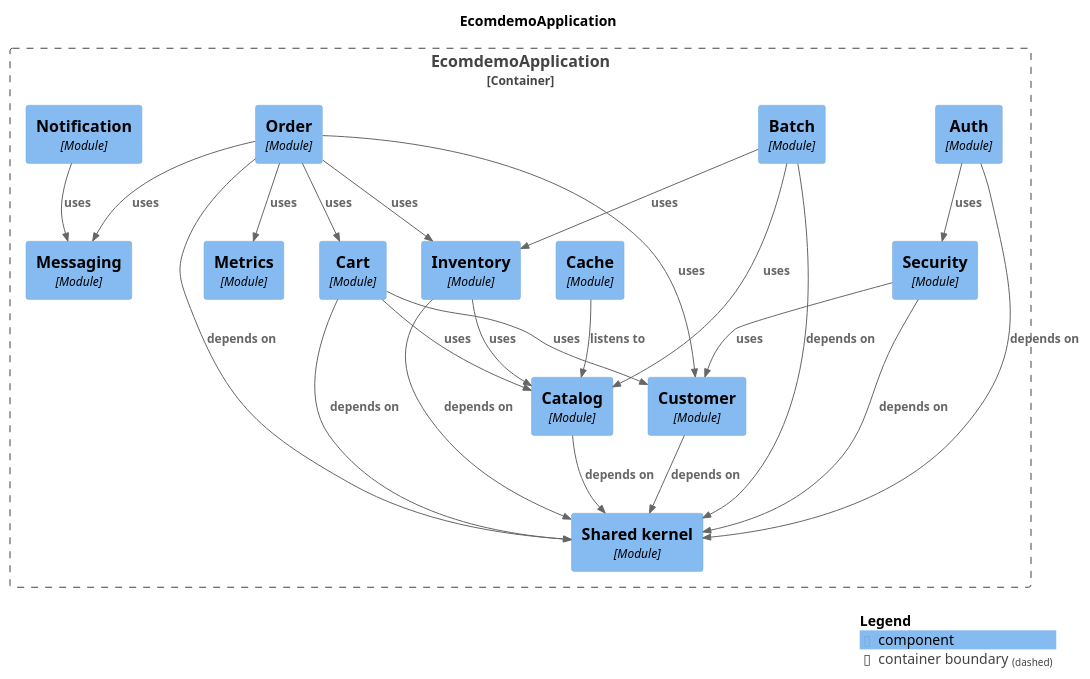
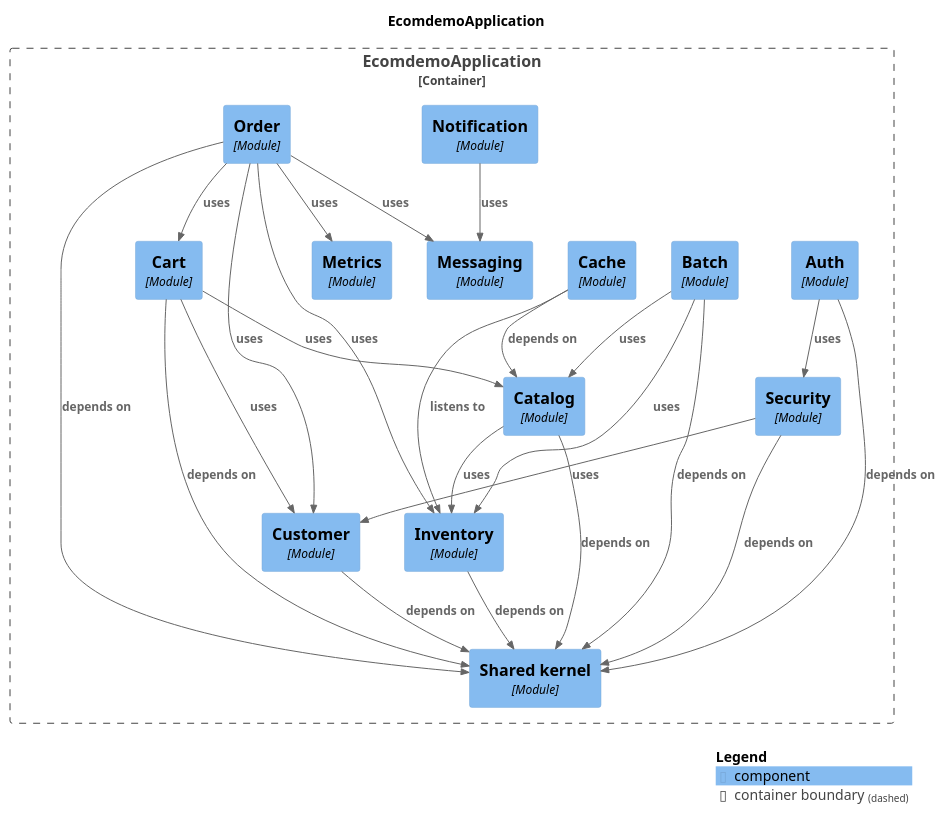
The diagram in docs/modules/components.puml (mr-sujay-patil/ecomdemo), drawn with PlantUML before and after one commit. The commit also changed 36 other files, not shown here.

```diff
--- a/docs/modules/components.puml
+++ b/docs/modules/components.puml
@@ -1,51 +1,52 @@
 @startuml
 set separator none
 title EcomdemoApplication
 
 top to bottom direction
 
 !include <C4/C4>
 !include <C4/C4_Context>
 !include <C4/C4_Component>
 
 Container_Boundary("EcomdemoApplication.EcomdemoApplication_boundary", "EcomdemoApplication", $tags="") {
-  Component(EcomdemoApplication.EcomdemoApplication.Cache, "Cache", $techn="Module", $descr="", $tags="", $link="")
-  Component(EcomdemoApplication.EcomdemoApplication.Cart, "Cart", $techn="Module", $descr="", $tags="", $link="")
-  Component(EcomdemoApplication.EcomdemoApplication.Inventory, "Inventory", $techn="Module", $descr="", $tags="", $link="")
+  Component(EcomdemoApplication.EcomdemoApplication.Catalog, "Catalog", $techn="Module", $descr="", $tags="", $link="")
   Component(EcomdemoApplication.EcomdemoApplication.Security, "Security", $techn="Module", $descr="", $tags="", $link="")
   Component(EcomdemoApplication.EcomdemoApplication.Auth, "Auth", $techn="Module", $descr="", $tags="", $link="")
   Component(EcomdemoApplication.EcomdemoApplication.Batch, "Batch", $techn="Module", $descr="", $tags="", $link="")
+  Component(EcomdemoApplication.EcomdemoApplication.Cache, "Cache", $techn="Module", $descr="", $tags="", $link="")
+  Component(EcomdemoApplication.EcomdemoApplication.Cart, "Cart", $techn="Module", $descr="", $tags="", $link="")
   Component(EcomdemoApplication.EcomdemoApplication.Order, "Order", $techn="Module", $descr="", $tags="", $link="")
   Component(EcomdemoApplication.EcomdemoApplication.Messaging, "Messaging", $techn="Module", $descr="", $tags="", $link="")
   Component(EcomdemoApplication.EcomdemoApplication.Metrics, "Metrics", $techn="Module", $descr="", $tags="", $link="")
   Component(EcomdemoApplication.EcomdemoApplication.Sharedkernel, "Shared kernel", $techn="Module", $descr="", $tags="", $link="")
-  Component(EcomdemoApplication.EcomdemoApplication.Catalog, "Catalog", $techn="Module", $descr="", $tags="", $link="")
   Component(EcomdemoApplication.EcomdemoApplication.Customer, "Customer", $techn="Module", $descr="", $tags="", $link="")
+  Component(EcomdemoApplication.EcomdemoApplication.Inventory, "Inventory", $techn="Module", $descr="", $tags="", $link="")
   Component(EcomdemoApplication.EcomdemoApplication.Notification, "Notification", $techn="Module", $descr="", $tags="", $link="")
 }
 
 Rel(EcomdemoApplication.EcomdemoApplication.Auth, EcomdemoApplication.EcomdemoApplication.Security, "uses", $techn="", $tags="", $link="")
 Rel(EcomdemoApplication.EcomdemoApplication.Auth, EcomdemoApplication.EcomdemoApplication.Sharedkernel, "depends on", $techn="", $tags="", $link="")
 Rel(EcomdemoApplication.EcomdemoApplication.Batch, EcomdemoApplication.EcomdemoApplication.Catalog, "uses", $techn="", $tags="", $link="")
 Rel(EcomdemoApplication.EcomdemoApplication.Batch, EcomdemoApplication.EcomdemoApplication.Inventory, "uses", $techn="", $tags="", $link="")
 Rel(EcomdemoApplication.EcomdemoApplication.Batch, EcomdemoApplication.EcomdemoApplication.Sharedkernel, "depends on", $techn="", $tags="", $link="")
-Rel(EcomdemoApplication.EcomdemoApplication.Cache, EcomdemoApplication.EcomdemoApplication.Catalog, "listens to", $techn="", $tags="", $link="")
+Rel(EcomdemoApplication.EcomdemoApplication.Cache, EcomdemoApplication.EcomdemoApplication.Catalog, "depends on", $techn="", $tags="", $link="")
+Rel(EcomdemoApplication.EcomdemoApplication.Cache, EcomdemoApplication.EcomdemoApplication.Inventory, "listens to", $techn="", $tags="", $link="")
 Rel(EcomdemoApplication.EcomdemoApplication.Cart, EcomdemoApplication.EcomdemoApplication.Catalog, "uses", $techn="", $tags="", $link="")
 Rel(EcomdemoApplication.EcomdemoApplication.Cart, EcomdemoApplication.EcomdemoApplication.Customer, "uses", $techn="", $tags="", $link="")
 Rel(EcomdemoApplication.EcomdemoApplication.Cart, EcomdemoApplication.EcomdemoApplication.Sharedkernel, "depends on", $techn="", $tags="", $link="")
+Rel(EcomdemoApplication.EcomdemoApplication.Catalog, EcomdemoApplication.EcomdemoApplication.Inventory, "uses", $techn="", $tags="", $link="")
 Rel(EcomdemoApplication.EcomdemoApplication.Catalog, EcomdemoApplication.EcomdemoApplication.Sharedkernel, "depends on", $techn="", $tags="", $link="")
 Rel(EcomdemoApplication.EcomdemoApplication.Customer, EcomdemoApplication.EcomdemoApplication.Sharedkernel, "depends on", $techn="", $tags="", $link="")
-Rel(EcomdemoApplication.EcomdemoApplication.Inventory, EcomdemoApplication.EcomdemoApplication.Catalog, "uses", $techn="", $tags="", $link="")
 Rel(EcomdemoApplication.EcomdemoApplication.Inventory, EcomdemoApplication.EcomdemoApplication.Sharedkernel, "depends on", $techn="", $tags="", $link="")
 Rel(EcomdemoApplication.EcomdemoApplication.Notification, EcomdemoApplication.EcomdemoApplication.Messaging, "uses", $techn="", $tags="", $link="")
 Rel(EcomdemoApplication.EcomdemoApplication.Order, EcomdemoApplication.EcomdemoApplication.Cart, "uses", $techn="", $tags="", $link="")
 Rel(EcomdemoApplication.EcomdemoApplication.Order, EcomdemoApplication.EcomdemoApplication.Customer, "uses", $techn="", $tags="", $link="")
 Rel(EcomdemoApplication.EcomdemoApplication.Order, EcomdemoApplication.EcomdemoApplication.Inventory, "uses", $techn="", $tags="", $link="")
 Rel(EcomdemoApplication.EcomdemoApplication.Order, EcomdemoApplication.EcomdemoApplication.Messaging, "uses", $techn="", $tags="", $link="")
 Rel(EcomdemoApplication.EcomdemoApplication.Order, EcomdemoApplication.EcomdemoApplication.Metrics, "uses", $techn="", $tags="", $link="")
 Rel(EcomdemoApplication.EcomdemoApplication.Order, EcomdemoApplication.EcomdemoApplication.Sharedkernel, "depends on", $techn="", $tags="", $link="")
 Rel(EcomdemoApplication.EcomdemoApplication.Security, EcomdemoApplication.EcomdemoApplication.Customer, "uses", $techn="", $tags="", $link="")
 Rel(EcomdemoApplication.EcomdemoApplication.Security, EcomdemoApplication.EcomdemoApplication.Sharedkernel, "depends on", $techn="", $tags="", $link="")
 
 SHOW_LEGEND(true)
 @enduml
```
